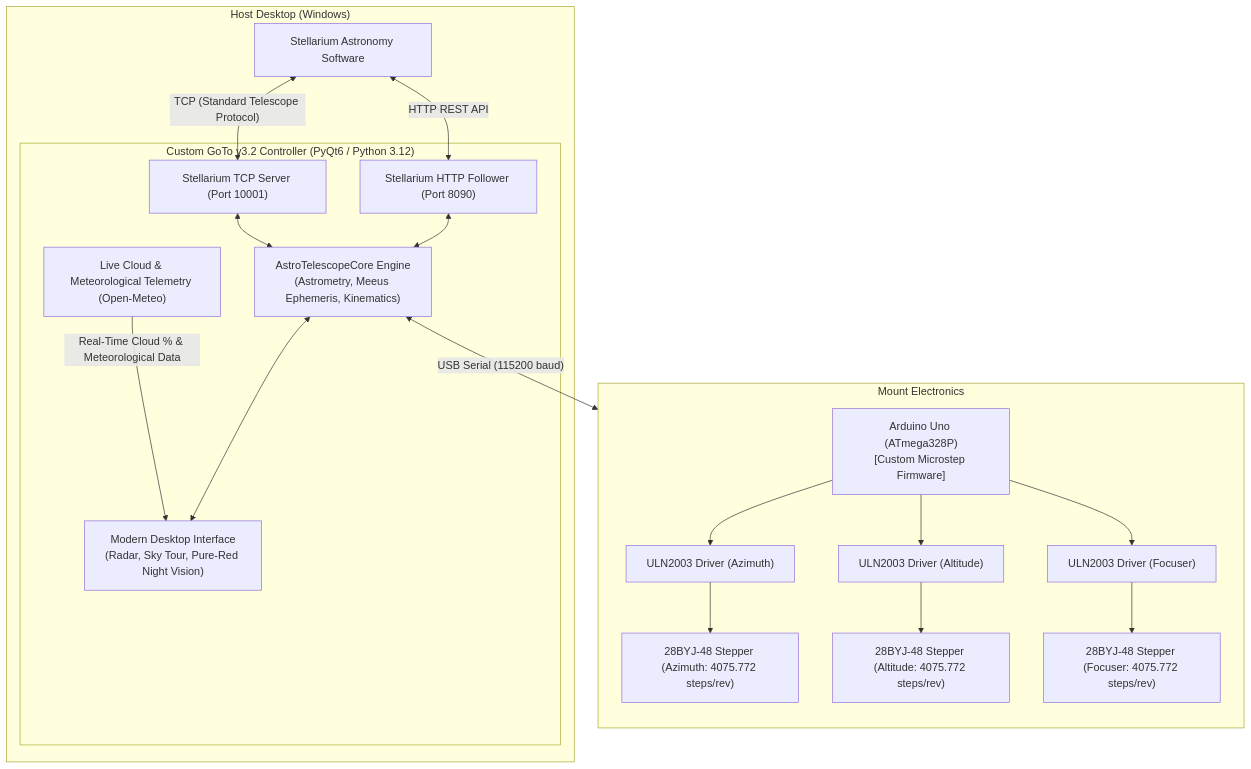
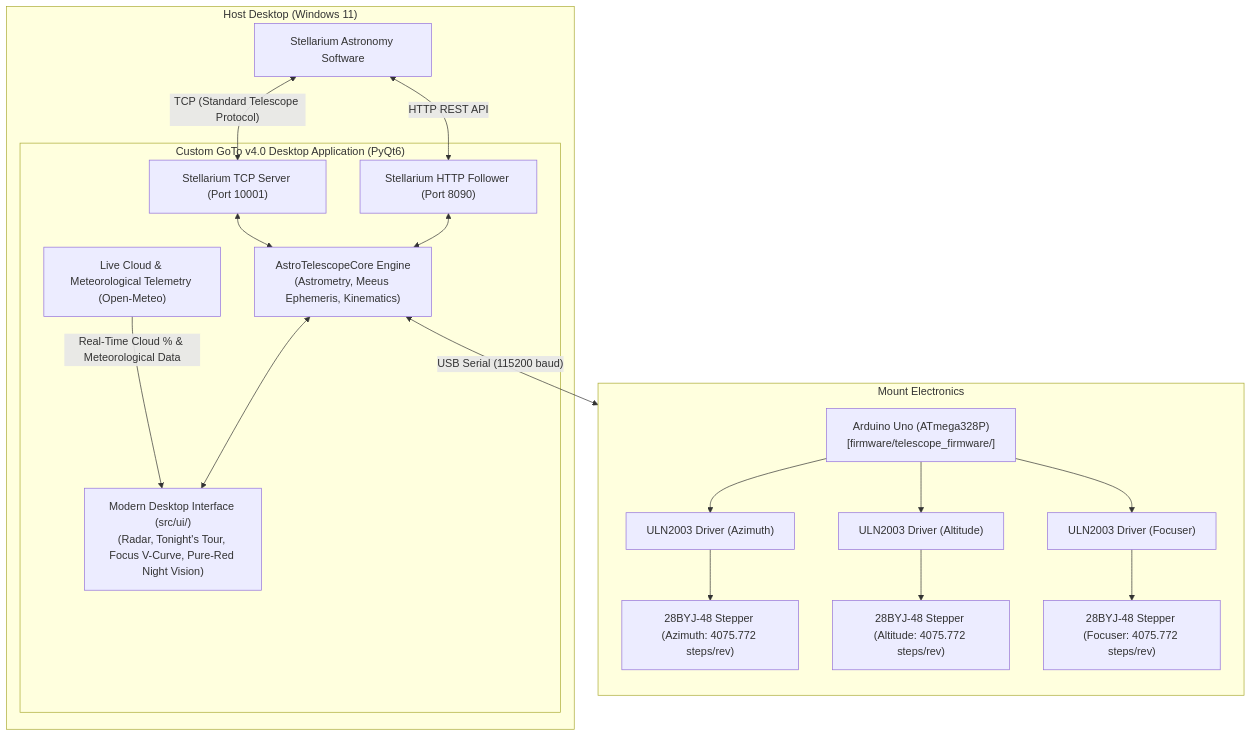
Before and after one commit to Hitesh070/Custom-GoTo-Telescope: the diagram in README.md, drawn with Mermaid. The commit also changed other lines of this file and 4 other files, not shown here.

````diff
--- a/README.md
+++ b/README.md
@@ -9,35 +9,35 @@
 ```mermaid
 flowchart TD
-    subgraph PC["Host Desktop (Windows)"]
+    subgraph PC["Host Desktop (Windows 11)"]
         S["Stellarium Astronomy Software"]
-        subgraph BridgeApp["Custom GoTo v3.2 Controller (PyQt6 / Python 3.12)"]
+        subgraph BridgeApp["Custom GoTo v4.0 Desktop Application (PyQt6)"]
             ST_SRV["Stellarium TCP Server (Port 10001)"]
             HTTP_CLI["Stellarium HTTP Follower (Port 8090)"]
             WX_SVC["Live Cloud & Meteorological Telemetry (Open-Meteo)"]
             CORE["AstroTelescopeCore Engine\n(Astrometry, Meeus Ephemeris, Kinematics)"]
-            GUI["Modern Desktop Interface\n(Radar, Sky Tour, Pure-Red Night Vision)"]
+            GUI["Modern Desktop Interface (src/ui/)\n(Radar, Tonight's Tour, Focus V-Curve, Pure-Red Night Vision)"]
         end
     end
 
     subgraph Hardware["Mount Electronics"]
         direction TB
-        UNO["Arduino Uno (ATmega328P)\n[Custom Microstep Firmware]"]
+        UNO["Arduino Uno (ATmega328P)\n[firmware/telescope_firmware/]"]
         ULN_AZ["ULN2003 Driver (Azimuth)"]
         ULN_ALT["ULN2003 Driver (Altitude)"]
         ULN_FOC["ULN2003 Driver (Focuser)"]
         M_AZ["28BYJ-48 Stepper (Azimuth: 4075.772 steps/rev)"]
         M_ALT["28BYJ-48 Stepper (Altitude: 4075.772 steps/rev)"]
         M_FOC["28BYJ-48 Stepper (Focuser: 4075.772 steps/rev)"]
     end
 
     S <-->|"TCP (Standard Telescope Protocol)"| ST_SRV
     S <-->|"HTTP REST API"| HTTP_CLI
     WX_SVC -->|"Real-Time Cloud % & Meteorological Data"| GUI
     ST_SRV <--> CORE
     HTTP_CLI <--> CORE
     CORE <--> GUI
     CORE <-->|"USB Serial (115200 baud)"| UNO
     UNO --> ULN_AZ --> M_AZ
     UNO --> ULN_ALT --> M_ALT
     UNO --> ULN_FOC --> M_FOC
 ```
````
